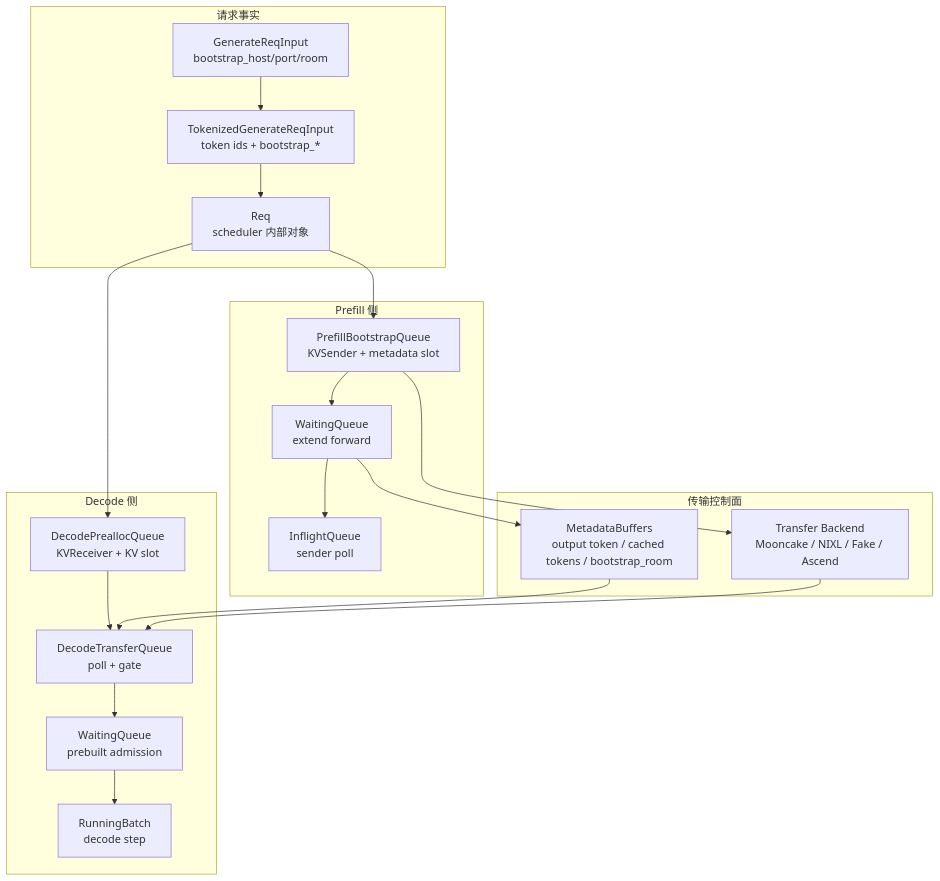
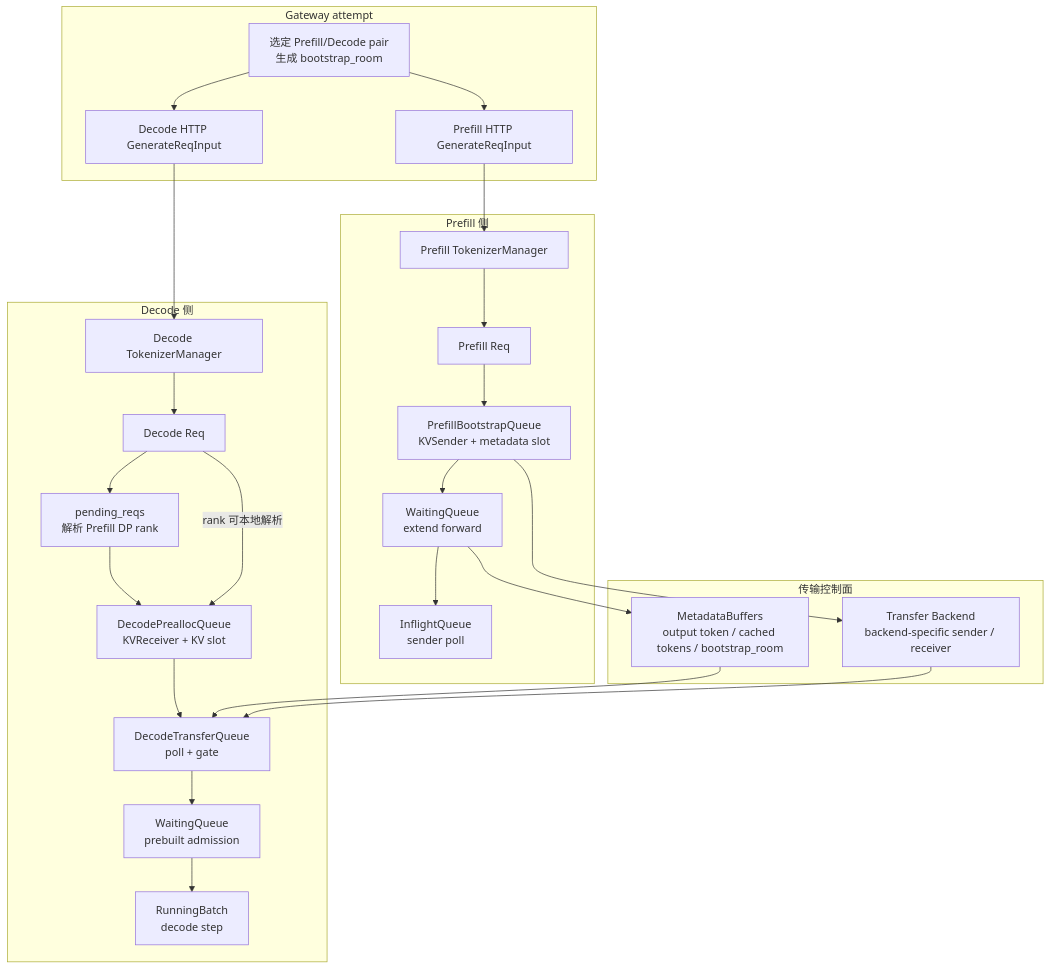
Before and after one commit to OnlyHero5/sglang-reading-vault: the first of 2 diagrams in sglang_reading/高级特性/PD分离/SGLang-PD分离-数据流.md, drawn with Mermaid. The commit also changed other lines of this file and 512 other files, not shown here.

````diff
--- a/sglang_reading/高级特性/PD分离/SGLang-PD分离-数据流.md
+++ b/sglang_reading/高级特性/PD分离/SGLang-PD分离-数据流.md
@@ -42,34 +42,39 @@
 ```mermaid
 flowchart TB
-  subgraph "请求事实"
-    A["GenerateReqInput<br/>bootstrap_host/port/room"]
-    B["TokenizedGenerateReqInput<br/>token ids + bootstrap_*"]
-    C["Req<br/>scheduler 内部对象"]
+  subgraph "Gateway attempt"
+    A["选定 Prefill/Decode pair<br/>生成 bootstrap_room"]
+    B["Prefill HTTP GenerateReqInput"]
+    C["Decode HTTP GenerateReqInput"]
   end
 
   subgraph "Prefill 侧"
+    PTM["Prefill TokenizerManager"]
+    PR["Prefill Req"]
     D["PrefillBootstrapQueue<br/>KVSender + metadata slot"]
     E["WaitingQueue<br/>extend forward"]
     F["InflightQueue<br/>sender poll"]
   end
 
   subgraph "传输控制面"
     G["MetadataBuffers<br/>output token / cached tokens / bootstrap_room"]
-    H["Transfer Backend<br/>Mooncake / NIXL / Fake / Ascend"]
+    H["Transfer Backend<br/>backend-specific sender / receiver"]
   end
 
   subgraph "Decode 侧"
+    DTM["Decode TokenizerManager"]
+    DR["Decode Req"]
+    P["pending_reqs<br/>解析 Prefill DP rank"]
     I["DecodePreallocQueue<br/>KVReceiver + KV slot"]
     J["DecodeTransferQueue<br/>poll + gate"]
     K["WaitingQueue<br/>prebuilt admission"]
     L["RunningBatch<br/>decode step"]
   end
 
-  A --> B --> C
-  C --> D --> E --> F
-  C --> I --> J --> K --> L
+  A --> B --> PTM --> PR --> D --> E --> F
+  A --> C --> DTM --> DR --> P --> I --> J --> K --> L
+  DR -->|rank 可本地解析| I
   D --> H
   E --> G
   G --> J
   H --> J
 ```
````
